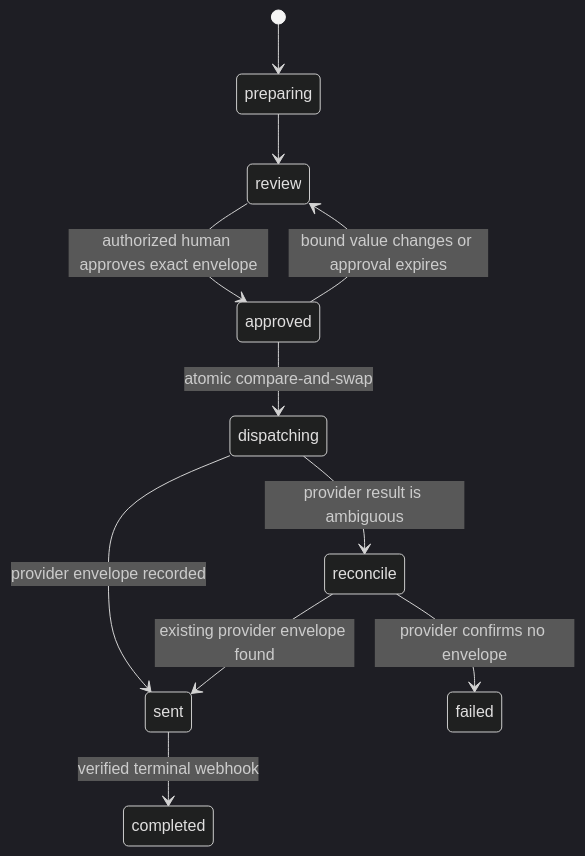
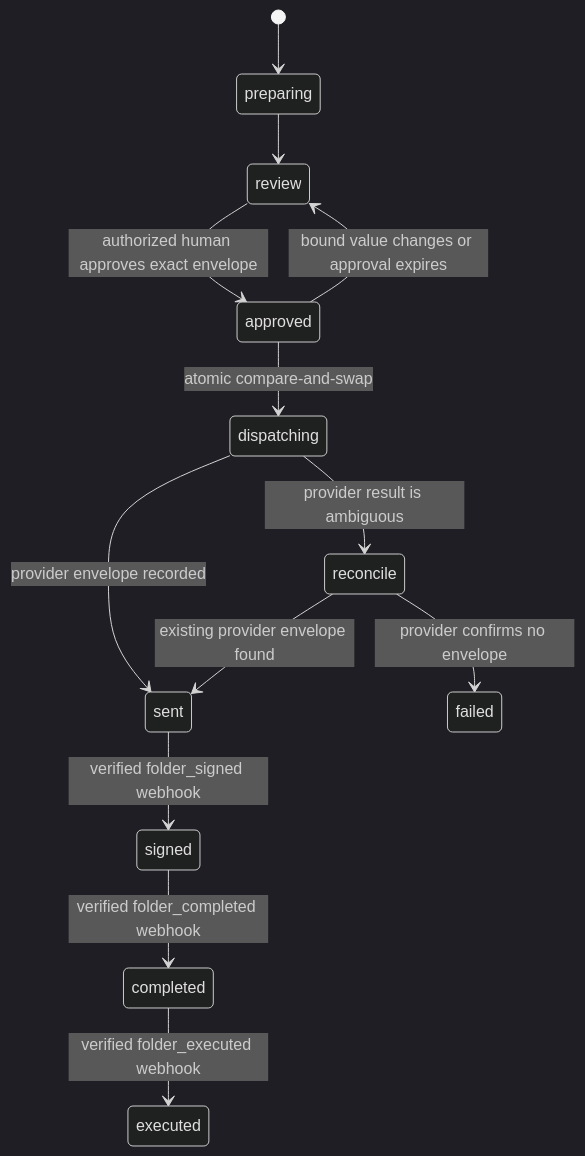
One commit to JuanTorchia/signlatch changed the second of 2 diagrams in docs/architecture.md. Above: the diagram before and after it, drawn with Mermaid (dark theme). The commit also changed other lines of this file and 25 other files, not shown here.

````diff
--- a/docs/architecture.md
+++ b/docs/architecture.md
@@ -53,13 +53,15 @@
 ```mermaid
 stateDiagram-v2
   [*] --> preparing
   preparing --> review
   review --> approved: authorized human approves exact envelope
   approved --> review: bound value changes or approval expires
   approved --> dispatching: atomic compare-and-swap
   dispatching --> sent: provider envelope recorded
   dispatching --> reconcile: provider result is ambiguous
   reconcile --> sent: existing provider envelope found
   reconcile --> failed: provider confirms no envelope
-  sent --> completed: verified terminal webhook
+  sent --> signed: verified folder_signed webhook
+  signed --> completed: verified folder_completed webhook
+  completed --> executed: verified folder_executed webhook
 ```
````
